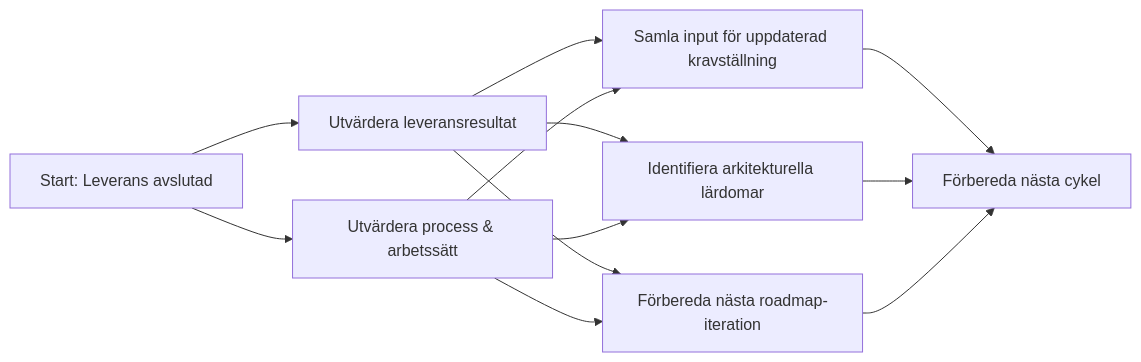
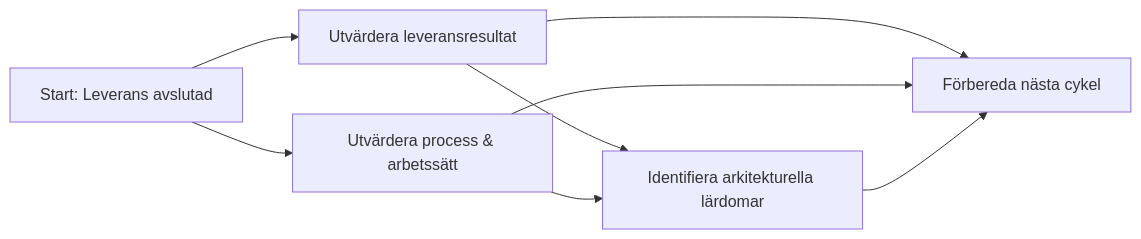
Before and after one commit to Riniga/valuestream-os: the first of 3 diagrams in framework/standard/RACI/5. Repeat.md, drawn with Mermaid. The commit also changed other lines of this file and 17 other files, not shown here.

````diff
--- a/framework/standard/RACI/5. Repeat.md
+++ b/framework/standard/RACI/5. Repeat.md
@@ -3,14 +3,10 @@
 ```mermaid
 flowchart LR
     A0["Start: Leverans avslutad"] --> A1["Utvärdera leveransresultat"]
     A0 --> A2["Utvärdera process & arbetssätt"]
-    A1 --> B1["Samla input för uppdaterad kravställning"]
+    A1 --> B1["Identifiera arkitekturella lärdomar"]
     A2 --> B1
-    A1 --> B2["Identifiera arkitekturella lärdomar"]
-    A2 --> B2
-    A1 --> B3["Förbereda nästa roadmap-iteration"]
-    A2 --> B3
-    B1 --> C1["Förbereda nästa cykel"]
-    B2 --> C1
-    B3 --> C1
+    A1 --> C1["Förbereda nästa cykel"]
+    A2 --> C1
+    B1 --> C1
 ```
````
